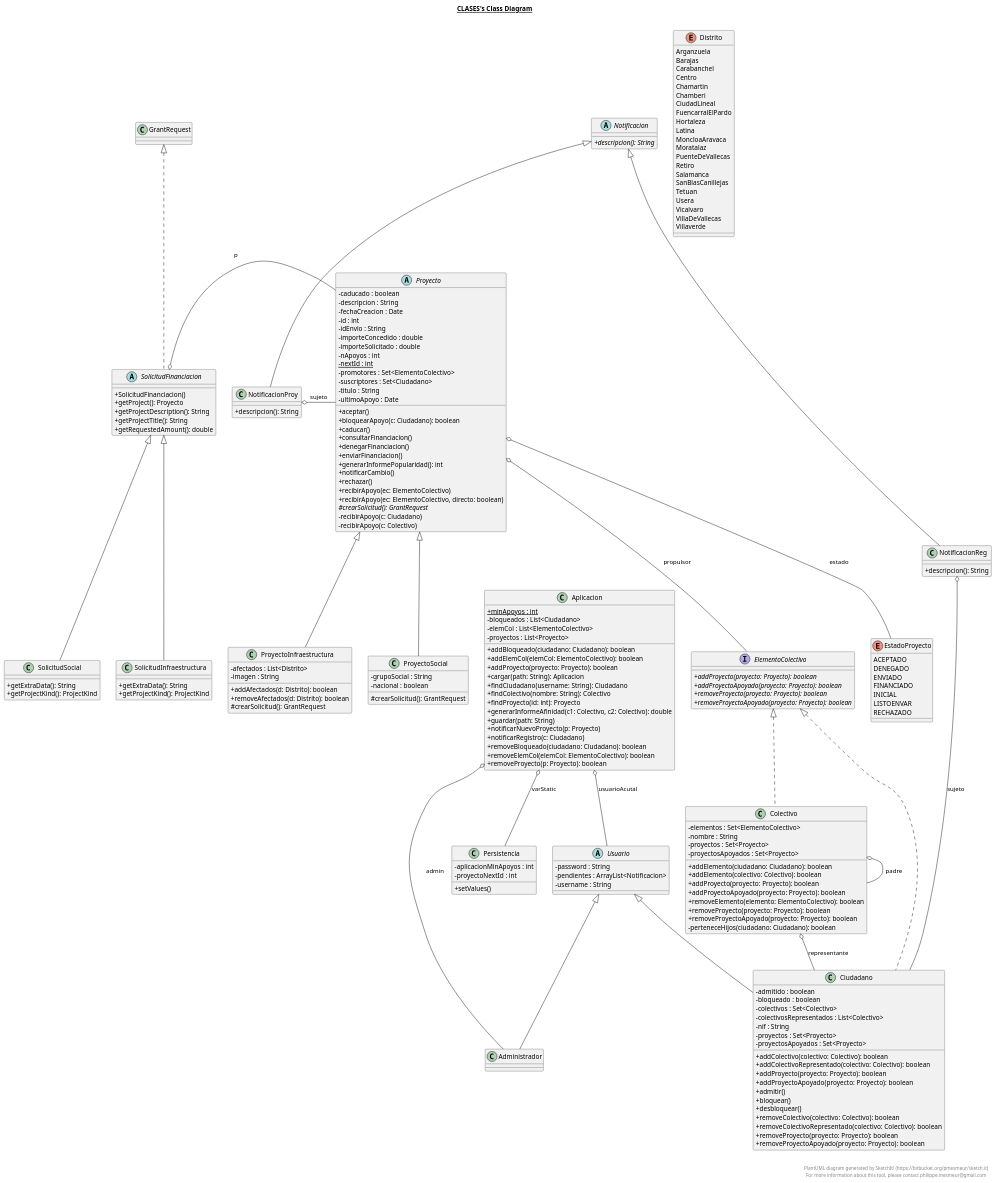
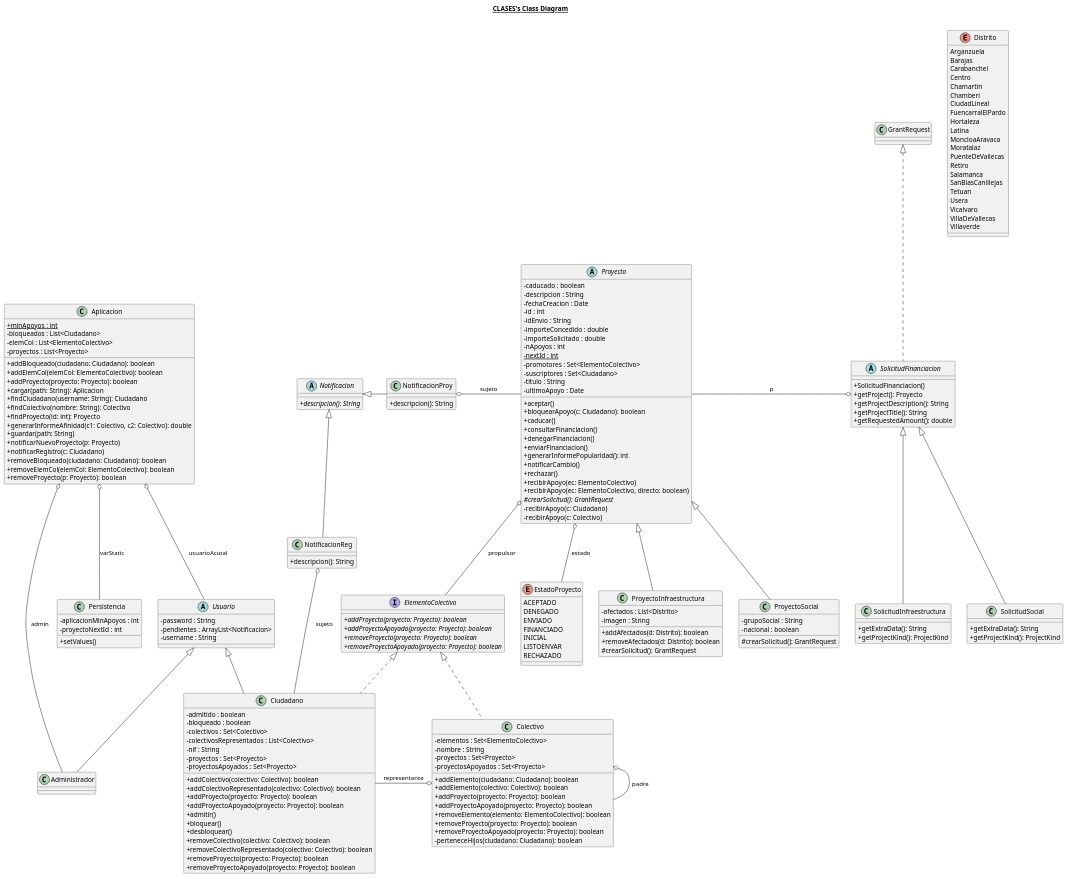
The diagram in P3/src/vecindApp/clases/clases.plantuml (Fgp910/PADSOF_2020), drawn with PlantUML before and after one commit. The commit also changed 1 other file, not shown here.

```diff
--- a/P3/src/vecindApp/clases/clases.plantuml
+++ b/P3/src/vecindApp/clases/clases.plantuml
@@ -202,10 +202,10 @@
   Ciudadano -up-|> Usuario
   Colectivo .up.|> ElementoColectivo
   Colectivo o-- Colectivo : padre
-  Colectivo o-- Ciudadano : representante
-  NotificacionProy -up-|> Notificacion
+  Colectivo o-left- Ciudadano : representante
+  NotificacionProy -left-|> Notificacion
   NotificacionProy o-right- Proyecto : sujeto
-  NotificacionReg -up-|> Notificacion
+  NotificacionReg -left-|> Notificacion
   NotificacionReg o-- Ciudadano : sujeto
   Proyecto o-- EstadoProyecto : estado
   Proyecto o-- ElementoColectivo : propulsor
@@ -217,11 +217,4 @@
   SolicitudSocial -up-|> SolicitudFinanciacion
 
 
-right footer
-
-
-PlantUML diagram generated by SketchIt! (https://bitbucket.org/pmesmeur/sketch.it)
-For more information about this tool, please contact philippe.mesmeur@gmail.com
-endfooter
-
 @enduml
```
